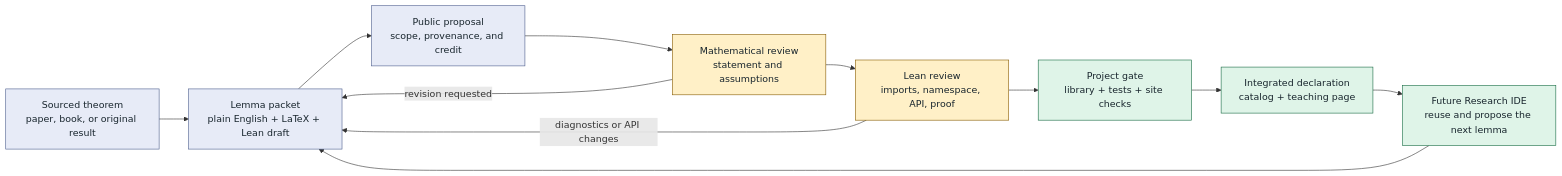
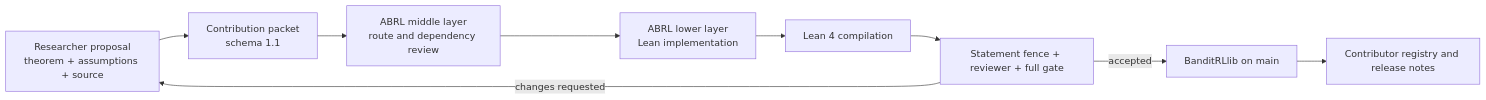
One commit to DakeBU/Auto-Bandit-RL-Proof-In-Sleep changed the diagram in website/diagrams/community-contribution-loop.mmd. Above: the diagram before and after it, drawn with Mermaid. The commit also changed 128 other files, not shown here.

Commit message:
Publish BanditRLlib and synchronized ABRL proof frontier

```diff
--- a/website/diagrams/community-contribution-loop.mmd
+++ b/website/diagrams/community-contribution-loop.mmd
@@ -1,18 +1,9 @@
 flowchart LR
-  A["Sourced theorem<br/>paper, book, or original result"] --> B["Lemma packet<br/>plain English + LaTeX + Lean draft"]
-  B --> C["Public proposal<br/>scope, provenance, and credit"]
-  C --> D["Mathematical review<br/>statement and assumptions"]
-  D --> E["Lean review<br/>imports, namespace, API, proof"]
-  E --> F["Project gate<br/>library + tests + site checks"]
-  F --> G["Integrated declaration<br/>catalog + teaching page"]
-  D -->|"revision requested"| B
-  E -->|"diagnostics or API changes"| B
-  G --> H["Future Research IDE<br/>reuse and propose the next lemma"]
-  H --> B
-
-  classDef source fill:#e7ebf7,stroke:#4d5e8d,color:#18252d
-  classDef review fill:#fff0c7,stroke:#875b00,color:#18252d
-  classDef verified fill:#dff4e8,stroke:#176b43,color:#18252d
-  class A,B,C source
-  class D,E review
-  class F,G,H verified
+    Proposal["Researcher proposal<br/>theorem + assumptions + source"] --> Packet["Contribution packet<br/>schema 1.1"]
+    Packet --> Middle["ABRL middle layer<br/>route and dependency review"]
+    Middle --> Lower["ABRL lower layer<br/>Lean implementation"]
+    Lower --> Compiler["Lean 4 compilation"]
+    Compiler --> Review["Statement fence + reviewer + full gate"]
+    Review -->|changes requested| Proposal
+    Review -->|accepted| Library["BanditRLlib on main"]
+    Library --> Credit["Contributor registry and release notes"]
```
